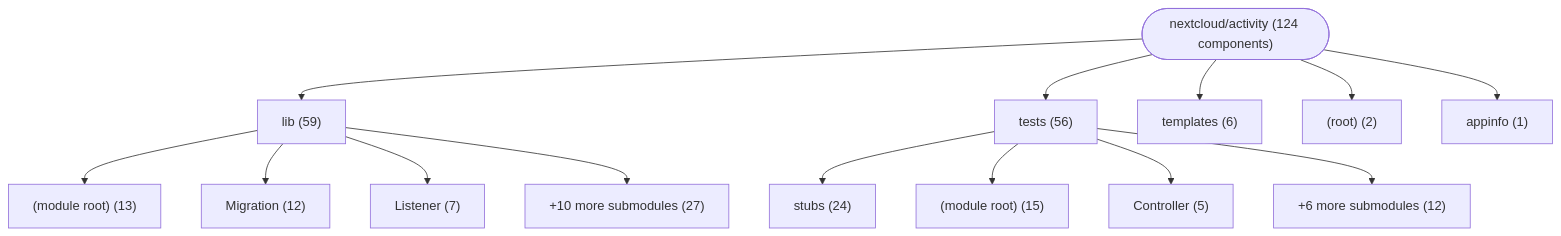
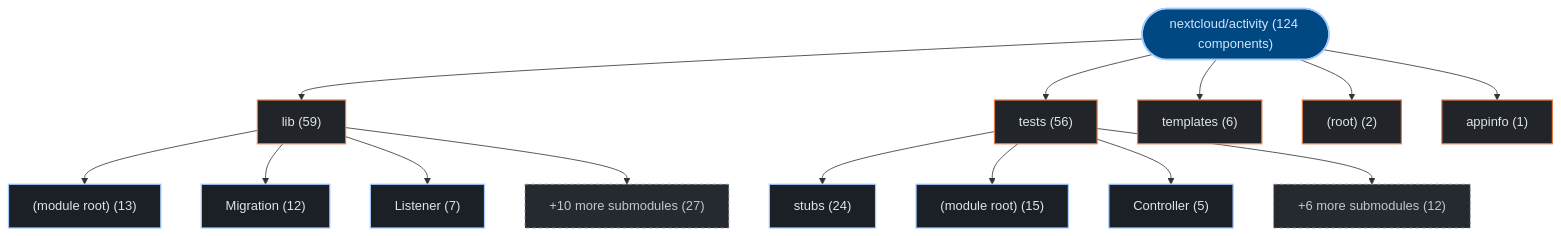
The first of 3 diagrams in exports/latest/reports/nextcloud-activity-report.md (kumarshaz/atruss-code-atlas), drawn with Mermaid before and after one commit. The commit also changed other lines of this file and 331 other files, not shown here.

Commit message:
docs,ui,fix: update SDLC docs, reorder CI/CD DAG first, stylize Mermaid, and fix Arc42 pipeline topology

````diff
--- a/exports/latest/reports/nextcloud-activity-report.md
+++ b/exports/latest/reports/nextcloud-activity-report.md
@@ -42,30 +42,37 @@
 ```mermaid
 graph TD;
-    repo_root(["nextcloud/activity (124 components)"])
-    dir_0_lib["lib (59)"]
+  classDef atlasRoot fill:#004882,stroke:#a3c9ff,stroke-width:2px,color:#d3e4ff
+  classDef atlasCategory fill:#212428,stroke:#E87A48,stroke-width:1.5px,color:#dfe3eb
+  classDef atlasWorkflow fill:#1b2026,stroke:#a3c9ff,stroke-width:1.5px,color:#dfe3eb
+  classDef atlasJob fill:#171c22,stroke:#8d9199,stroke-width:1px,color:#dfe3eb
+  classDef atlasTarget fill:#005227,stroke:#8bd99b,stroke-width:1.5px,color:#a7f6b6
+  classDef atlasAlert fill:#93000a,stroke:#ffb4ab,stroke-width:1.5px,color:#ffdad6
+  classDef atlasMore fill:#252a31,stroke:#8d9199,stroke-dasharray:4 4,color:#c3c6cf
+    repo_root(["nextcloud/activity (124 components)"]):::atlasRoot
+    dir_0_lib["lib (59)"]:::atlasCategory
     repo_root --> dir_0_lib
-    sub_0_0__module_root_["(module root) (13)"]
+    sub_0_0__module_root_["(module root) (13)"]:::atlasWorkflow
     dir_0_lib --> sub_0_0__module_root_
-    sub_0_1_Migration["Migration (12)"]
+    sub_0_1_Migration["Migration (12)"]:::atlasWorkflow
     dir_0_lib --> sub_0_1_Migration
-    sub_0_2_Listener["Listener (7)"]
+    sub_0_2_Listener["Listener (7)"]:::atlasWorkflow
     dir_0_lib --> sub_0_2_Listener
-    sub_0_more["+10 more submodules (27)"]
+    sub_0_more["+10 more submodules (27)"]:::atlasMore
     dir_0_lib --> sub_0_more
-    dir_1_tests["tests (56)"]
+    dir_1_tests["tests (56)"]:::atlasCategory
     repo_root --> dir_1_tests
-    sub_1_0_stubs["stubs (24)"]
+    sub_1_0_stubs["stubs (24)"]:::atlasWorkflow
     dir_1_tests --> sub_1_0_stubs
-    sub_1_1__module_root_["(module root) (15)"]
+    sub_1_1__module_root_["(module root) (15)"]:::atlasWorkflow
     dir_1_tests --> sub_1_1__module_root_
-    sub_1_2_Controller["Controller (5)"]
+    sub_1_2_Controller["Controller (5)"]:::atlasWorkflow
     dir_1_tests --> sub_1_2_Controller
-    sub_1_more["+6 more submodules (12)"]
+    sub_1_more["+6 more submodules (12)"]:::atlasMore
     dir_1_tests --> sub_1_more
-    dir_2_templates["templates (6)"]
+    dir_2_templates["templates (6)"]:::atlasCategory
     repo_root --> dir_2_templates
-    dir_3__root_["(root) (2)"]
+    dir_3__root_["(root) (2)"]:::atlasCategory
     repo_root --> dir_3__root_
-    dir_4_appinfo["appinfo (1)"]
+    dir_4_appinfo["appinfo (1)"]:::atlasCategory
     repo_root --> dir_4_appinfo
 ```
````
